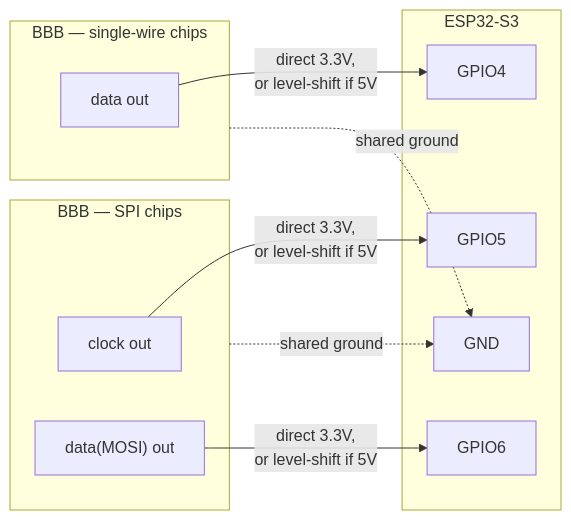
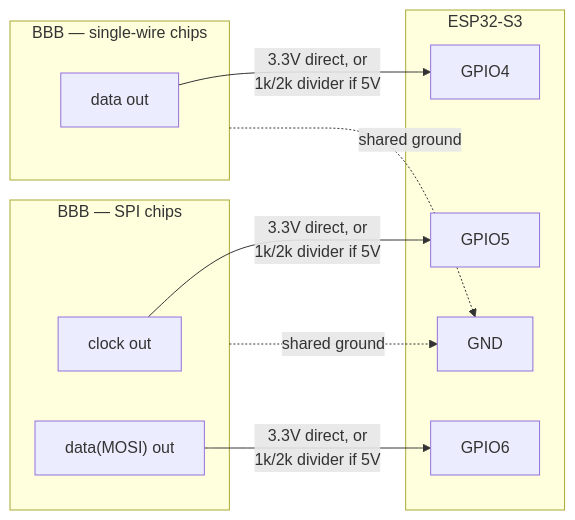
The second of 4 diagrams in README.md (joeskolengaden/esp32-led-analyzer), drawn with Mermaid before and after one commit. The commit also changed other lines of this file and 2 other files, not shown here.

````diff
--- a/README.md
+++ b/README.md
@@ -75,21 +109,21 @@
 ```mermaid
 flowchart LR
     subgraph BBB_SW["BBB — single-wire chips"]
         SWOUT["data out"]
     end
     subgraph BBB_SPI["BBB — SPI chips"]
         CLKOUT["clock out"]
         DATAOUT["data(MOSI) out"]
     end
     subgraph ESP["ESP32-S3"]
         G4["GPIO4"]
         G5["GPIO5"]
         G6["GPIO6"]
         GND["GND"]
     end
-    SWOUT -- "direct 3.3V,\nor level-shift if 5V" --> G4
-    CLKOUT -- "direct 3.3V,\nor level-shift if 5V" --> G5
-    DATAOUT -- "direct 3.3V,\nor level-shift if 5V" --> G6
+    SWOUT -- "3.3V direct, or\n1k/2k divider if 5V" --> G4
+    CLKOUT -- "3.3V direct, or\n1k/2k divider if 5V" --> G5
+    DATAOUT -- "3.3V direct, or\n1k/2k divider if 5V" --> G6
     BBB_SW -.->|shared ground| GND
     BBB_SPI -.->|shared ground| GND
 ```
````
